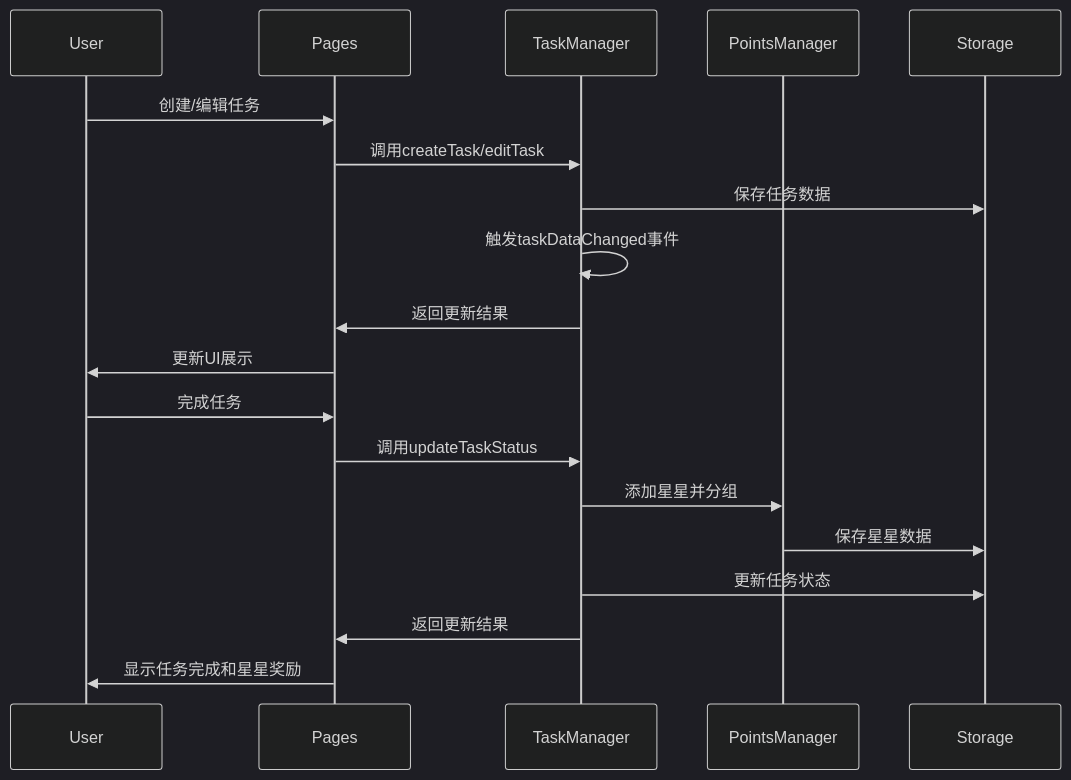
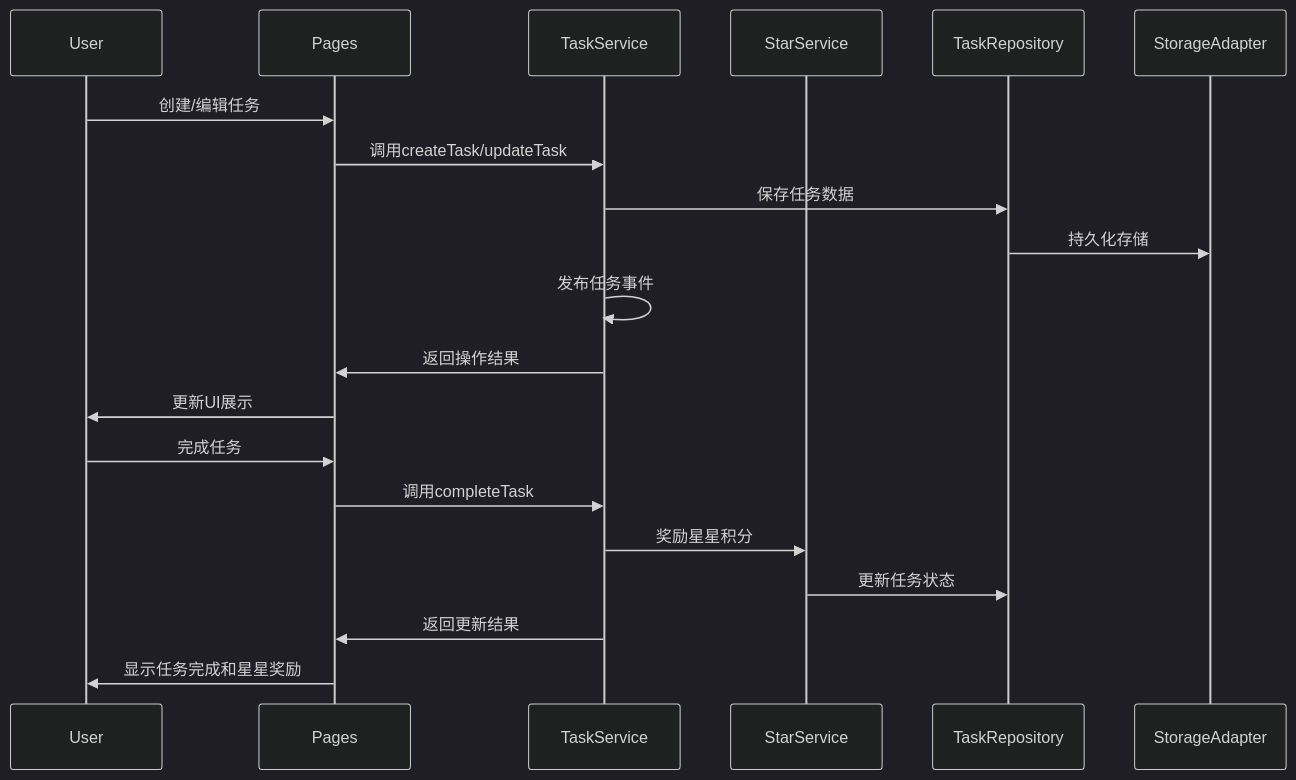
One commit to wangdafei091/study_task_wechat changed the third of 5 diagrams in docs/architecture/system_architecture.md. Above: the diagram before and after it, drawn with Mermaid (dark theme). The commit also changed other lines of this file and 8 other files, not shown here.

````diff
--- a/docs/architecture/system_architecture.md
+++ b/docs/architecture/system_architecture.md
@@ -111,23 +112,24 @@
 ```mermaid
 sequenceDiagram
     participant User
     participant Pages
-    participant TaskManager
-    participant PointsManager
-    participant Storage
+    participant TaskService
+    participant StarService
+    participant TaskRepository
+    participant StorageAdapter
     
     User->>Pages: 创建/编辑任务
-    Pages->>TaskManager: 调用createTask/editTask
-    TaskManager->>Storage: 保存任务数据
-    TaskManager->>TaskManager: 触发taskDataChanged事件
-    TaskManager->>Pages: 返回更新结果
+    Pages->>TaskService: 调用createTask/updateTask
+    TaskService->>TaskRepository: 保存任务数据
+    TaskRepository->>StorageAdapter: 持久化存储
+    TaskService->>TaskService: 发布任务事件
+    TaskService->>Pages: 返回操作结果
     Pages->>User: 更新UI展示
     
     User->>Pages: 完成任务
-    Pages->>TaskManager: 调用updateTaskStatus
-    TaskManager->>PointsManager: 添加星星并分组
-    PointsManager->>Storage: 保存星星数据
-    TaskManager->>Storage: 更新任务状态
-    TaskManager->>Pages: 返回更新结果
+    Pages->>TaskService: 调用completeTask
+    TaskService->>StarService: 奖励星星积分
+    StarService->>TaskRepository: 更新任务状态
+    TaskService->>Pages: 返回更新结果
     Pages->>User: 显示任务完成和星星奖励
 ```
````
